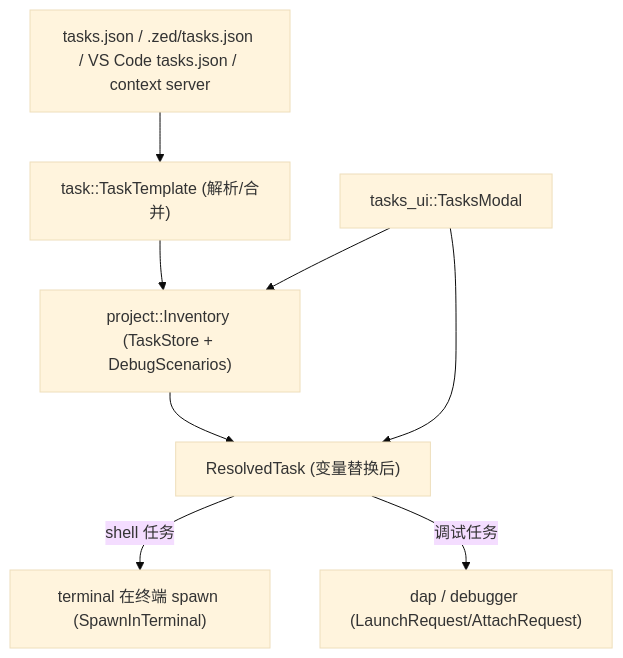
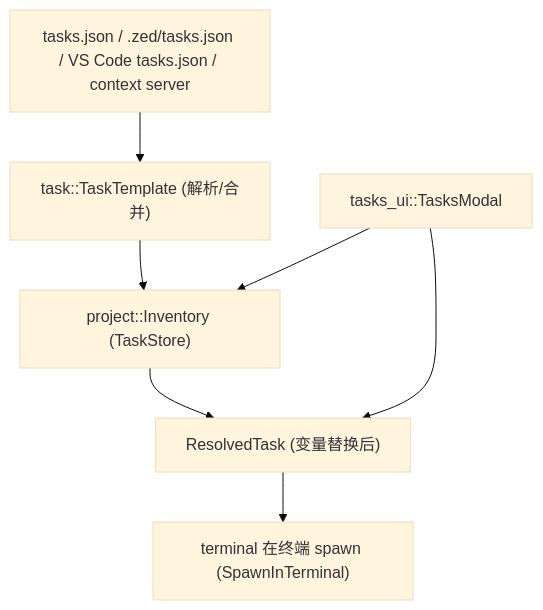
One commit to rzhangjing/zed changed the first of 2 diagrams in wiki/Task-System-Deep-Dive.md. Above: the diagram before and after it, drawn with Mermaid (base theme). The commit also changed other lines of this file and 282 other files, not shown here.

````diff
--- a/wiki/Task-System-Deep-Dive.md
+++ b/wiki/Task-System-Deep-Dive.md
@@ -9,10 +9,9 @@
 ```mermaid
 graph TB
     FILES["tasks.json / .zed/tasks.json / VS Code tasks.json / context server"] --> TPL["task::TaskTemplate (解析/合并)"]
-    TPL --> INV["project::Inventory (TaskStore + DebugScenarios)"]
+    TPL --> INV["project::Inventory (TaskStore)"]
     INV --> RES["ResolvedTask (变量替换后)"]
-    RES -->|shell 任务| TERM["terminal 在终端 spawn (SpawnInTerminal)"]
-    RES -->|调试任务| DAP["dap / debugger (LaunchRequest/AttachRequest)"]
+    RES --> TERM["terminal 在终端 spawn (SpawnInTerminal)"]
     UI["tasks_ui::TasksModal"] --> INV
     UI --> RES
 ```
````
